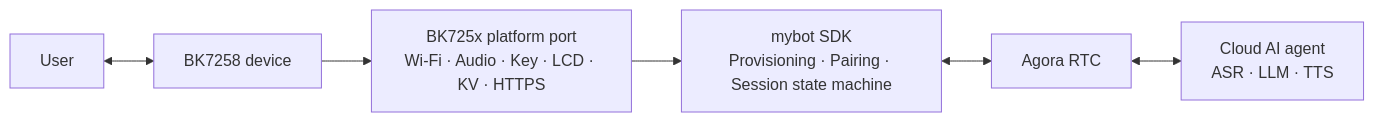
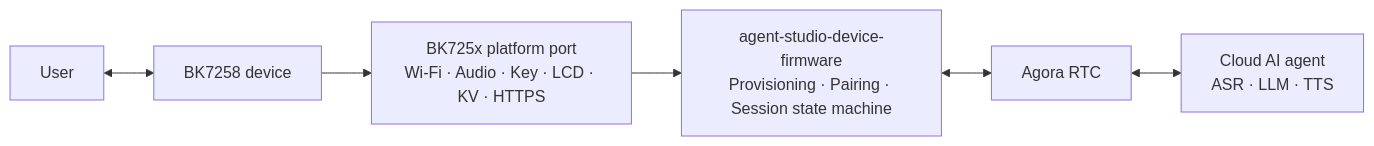
The diagram in README.md (AgoraIO-Community/agora-r1-devkit), drawn with Mermaid before and after one commit. The commit also changed other lines of this file and 1 other file, not shown here.

````diff
--- a/README.md
+++ b/README.md
@@ -43,8 +45,8 @@
 ```mermaid
 flowchart LR
     user["User"] <--> device["BK7258 device"]
     device --> platform["BK725x platform port<br/>Wi-Fi · Audio · Key · LCD · KV · HTTPS"]
-    platform --> core["mybot SDK<br/>Provisioning · Pairing · Session state machine"]
+    platform --> core["agent-studio-device-firmware<br/>Provisioning · Pairing · Session state machine"]
     core <--> rtc["Agora RTC"]
     rtc <--> agent["Cloud AI agent<br/>ASR · LLM · TTS"]
 ```
````
